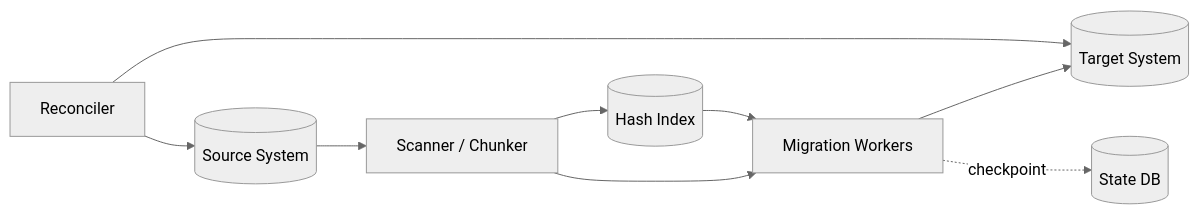
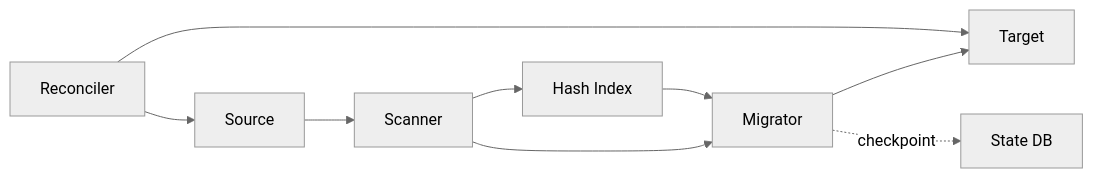
The diagram in site/content/designs/migration-dedup.md (huangsam/systology), drawn with Mermaid (neutral theme) before and after one commit. The commit also changed 8 other files, not shown here.

Commit message:
Shorten names of mermaid items

```diff
--- a/site/content/designs/migration-dedup.md
+++ b/site/content/designs/migration-dedup.md
@@ -22,11 +22,11 @@
 {{< mermaid >}}
 graph LR
-  Source[(Source System)] --> Scanner[Scanner / Chunker]
-  Scanner --> HashIndex[(Hash Index)]
-  Scanner --> Migrator[Migration Workers]
+  Source --> Scanner
+  Scanner --> HashIndex[Hash Index]
+  Scanner --> Migrator
   HashIndex --> Migrator
-  Migrator --> Target[(Target System)]
-  Migrator -.->|checkpoint| StateDB[(State DB)]
-  Reconciler[Reconciler] --> Source
+  Migrator --> Target
+  Migrator -.->|checkpoint| StateDB[State DB]
+  Reconciler --> Source
   Reconciler --> Target
 {{< /mermaid >}}
```
